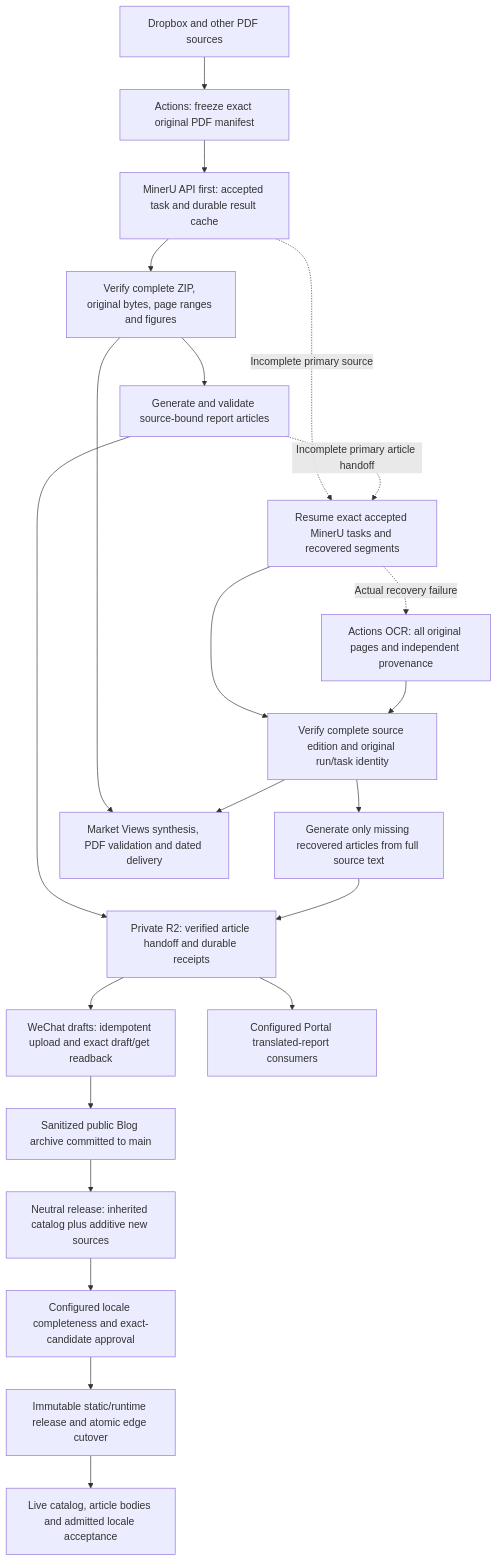
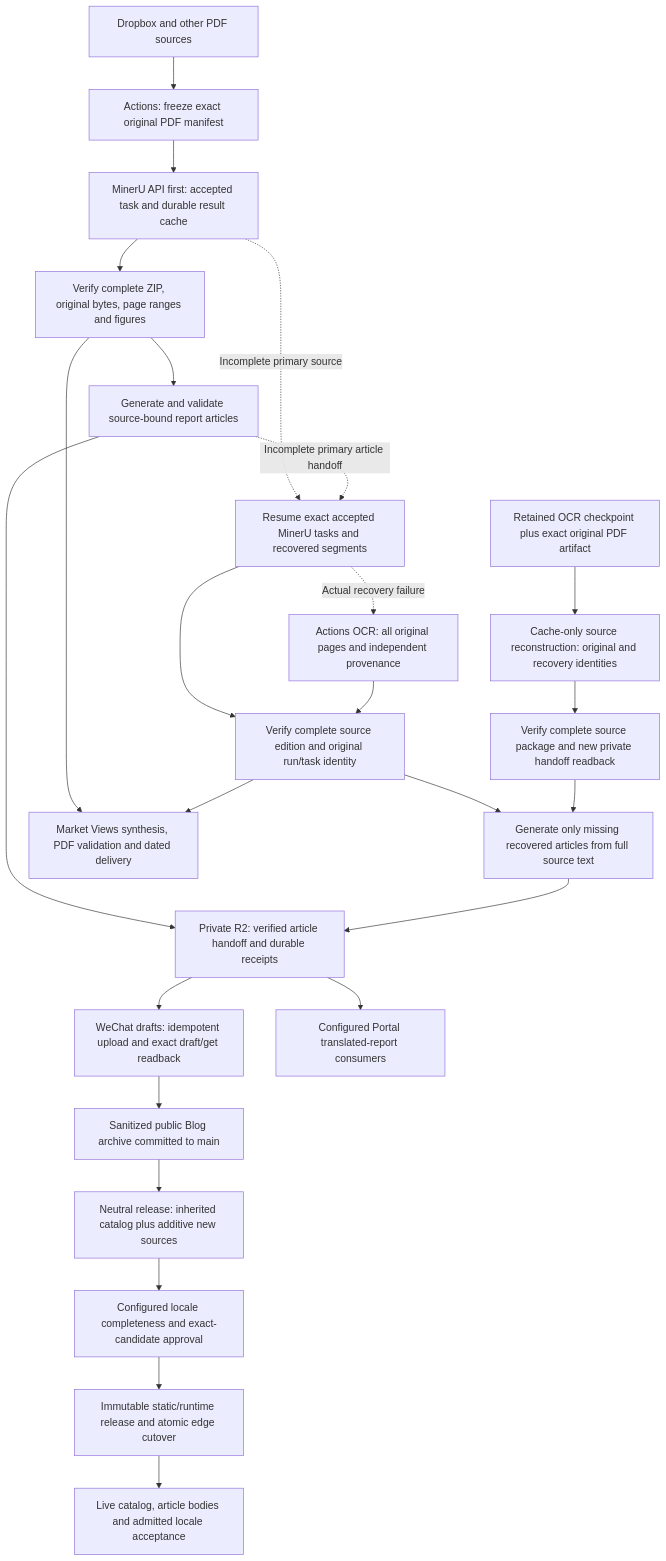
Before and after one commit to yt-feng/rpt_edit: the diagram in docs/pipeline-overview-v2.md, drawn with Mermaid. The commit also changed other lines of this file and 15 other files, not shown here.

````diff
--- a/docs/pipeline-overview-v2.md
+++ b/docs/pipeline-overview-v2.md
@@ -23,24 +23,27 @@
 ```mermaid
 flowchart TD
   A["Dropbox and other PDF sources"] --> B["Actions: freeze exact original PDF manifest"]
   B --> C["MinerU API first: accepted task and durable result cache"]
   C --> D["Verify complete ZIP, original bytes, page ranges and figures"]
   D --> E["Generate and validate source-bound report articles"]
   C -. "Incomplete primary source" .-> R["Resume exact accepted MinerU tasks and recovered segments"]
   E -. "Incomplete primary article handoff" .-> R
   R --> V["Verify complete source edition and original run/task identity"]
   R -. "Actual recovery failure" .-> O["Actions OCR: all original pages and independent provenance"]
   O --> V
   V --> Q["Generate only missing recovered articles from full source text"]
+  OC["Retained OCR checkpoint plus exact original PDF artifact"] --> CR["Cache-only source reconstruction: original and recovery identities"]
+  CR --> CG["Verify complete source package and new private handoff readback"]
+  CG --> Q
   E --> F["Private R2: verified article handoff and durable receipts"]
   Q --> F
   F --> W["WeChat drafts: idempotent upload and exact draft/get readback"]
   F --> T["Configured Portal translated-report consumers"]
   W --> H["Sanitized public Blog archive committed to main"]
   D --> M["Market Views synthesis, PDF validation and dated delivery"]
   V --> M
   H --> N["Neutral release: inherited catalog plus additive new sources"]
   N --> L["Configured locale completeness and exact-candidate approval"]
   L --> S["Immutable static/runtime release and atomic edge cutover"]
   S --> U["Live catalog, article bodies and admitted locale acceptance"]
 ```
````
